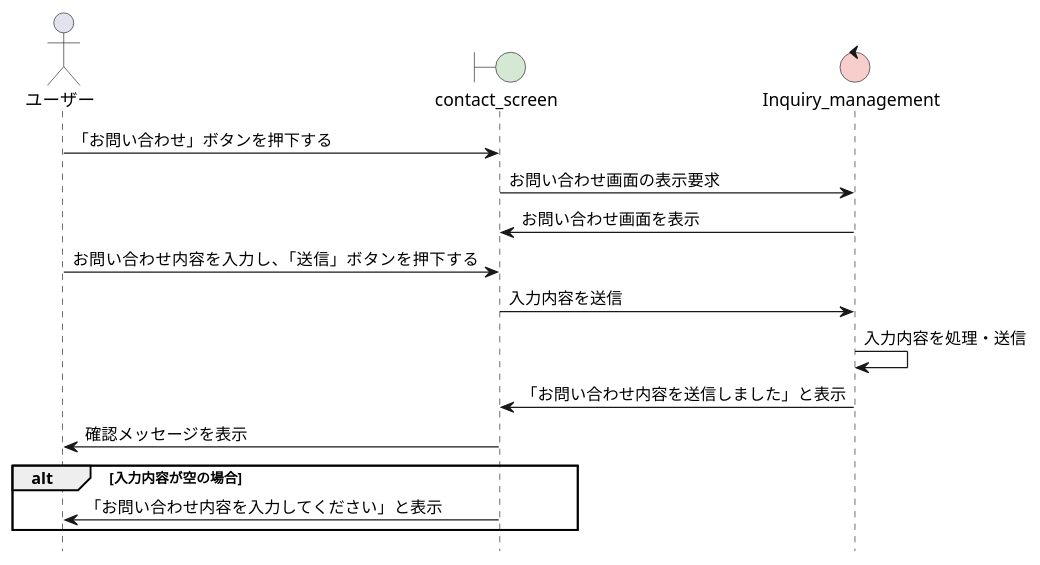
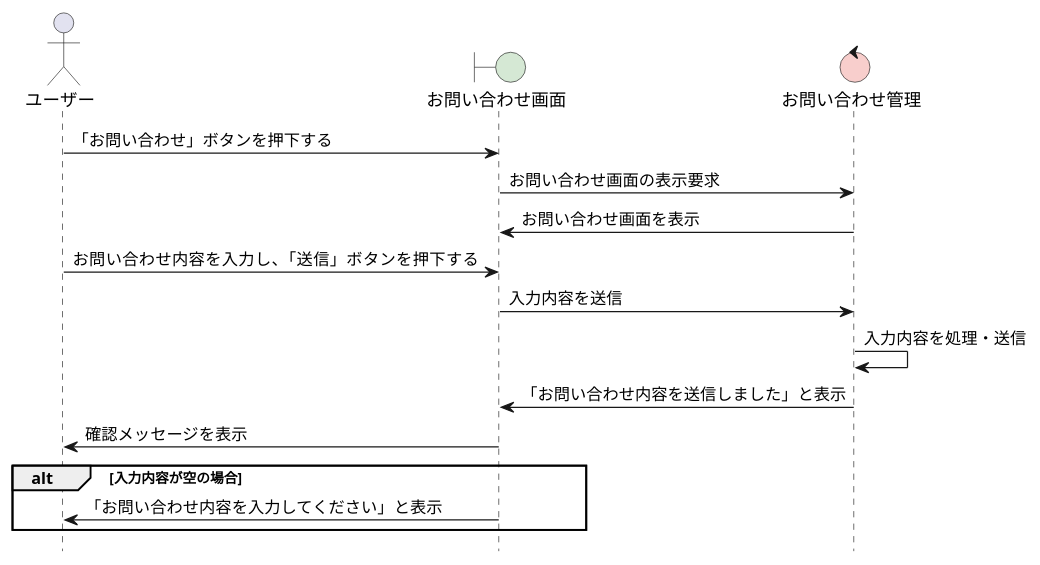
One commit to sugimoto0804/o-hara_uml changed the diagram in group/graduation_work/sequence02_inquiry.pu. Above: the diagram before and after it, drawn with PlantUML. The commit also changed 1 other file, not shown here.

```diff
--- a/group/graduation_work/sequence02_inquiry.pu
+++ b/group/graduation_work/sequence02_inquiry.pu
@@ -1,24 +1,24 @@
 @startuml お問い合わせシーケンス図
 hide footbox
 
 skinparam boundaryBackgroundColor #D5E8D4
 skinparam controlBackgroundColor  #F8CECC
 actor ユーザー
-boundary "contact_screen" as cs 
-control "Inquiry_management" as im
+boundary "お問い合わせ画面" as cs 
+control "お問い合わせ管理" as im
 
 ユーザー -> cs : 「お問い合わせ」ボタンを押下する
 cs -> im : お問い合わせ画面の表示要求
 im -> cs : お問い合わせ画面を表示
 
 ユーザー -> cs : お問い合わせ内容を入力し、「送信」ボタンを押下する
 cs -> im : 入力内容を送信
 im -> im : 入力内容を処理・送信
 im -> cs : 「お問い合わせ内容を送信しました」と表示
 cs -> ユーザー : 確認メッセージを表示
 
 alt 入力内容が空の場合
     cs -> ユーザー : 「お問い合わせ内容を入力してください」と表示
 end
 
 @enduml
```
